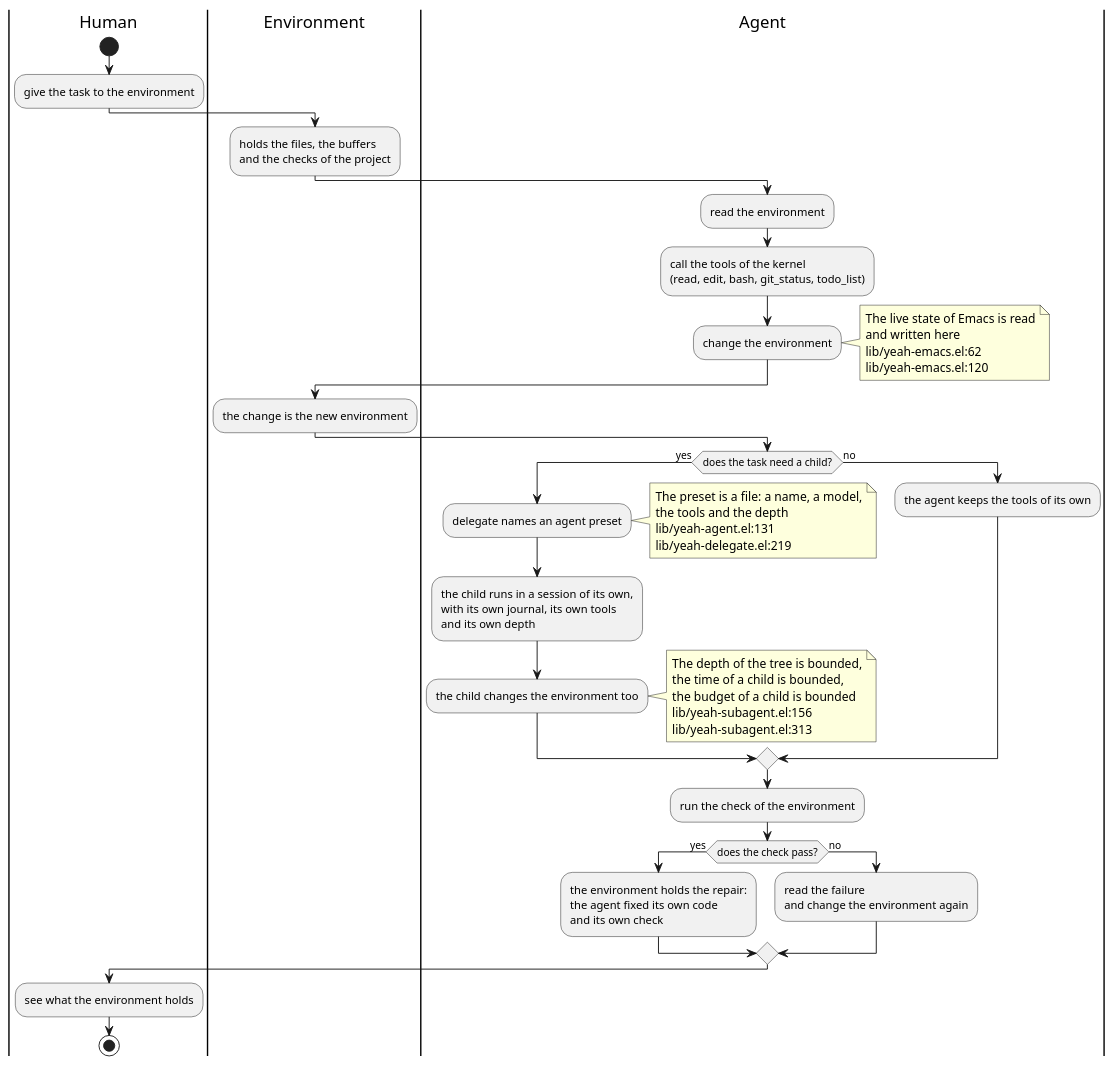
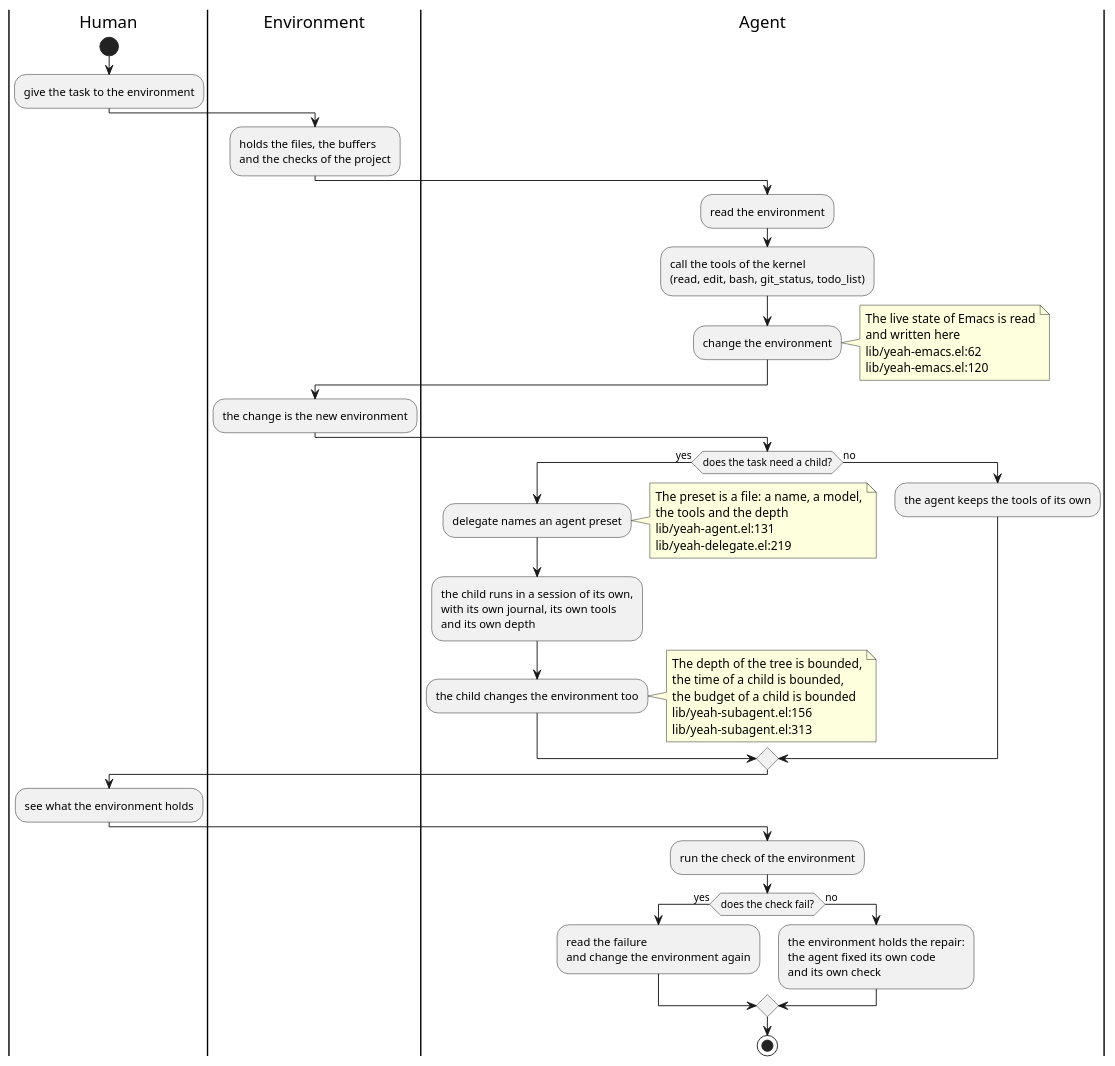
One commit to 11111000000/yeah changed the diagram in site/diagrams/fixed-point.puml. Above: the diagram before and after it, drawn with PlantUML. The commit also changed 2 other files, not shown here.

```diff
--- a/site/diagrams/fixed-point.puml
+++ b/site/diagrams/fixed-point.puml
@@ -1,71 +1,71 @@
 @startuml fixed-point
 ' The fixed point of the Y.
 '
 ' The Y of the name is the Y-combinator: person -> environment -> agent ->
 ' environment.  This picture gives that sentence a shape, and ties it to the
 ' one thing of the kernel that makes it a loop: the delegation.  A child of a
 ' delegation runs in a session of its own, with a journal of its own, with the
 ' tools of its preset and at a depth of its own.
 '
 ' The limits are on the picture on purpose: the depth of the tree is bounded,
 ' the time of a child is bounded and the budget of a child is bounded.  A
 ' recursion that is not bounded is not a fixed point, it is a fork bomb.
 '
 ' The fixed point is the last step of the picture: the agent changes the code
 ' and the check that hold it, and the check passes afterwards.
 
 |Human|
 start
 :give the task to the environment;
 
 |Environment|
 :holds the files, the buffers\nand the checks of the project;
 
 |Agent|
 :read the environment;
 :call the tools of the kernel\n(read, edit, bash, git_status, todo_list);
 :change the environment;
 note right
   The live state of Emacs is read
   and written here
   lib/yeah-emacs.el:62
   lib/yeah-emacs.el:120
 end note
 
 |Environment|
 :the change is the new environment;
 
 |Agent|
 if (does the task need a child?) then (yes)
   :delegate names an agent preset;
   note right
     The preset is a file: a name, a model,
     the tools and the depth
     lib/yeah-agent.el:131
     lib/yeah-delegate.el:219
   end note
   :the child runs in a session of its own,\nwith its own journal, its own tools\nand its own depth;
   :the child changes the environment too;
   note right
     The depth of the tree is bounded,
     the time of a child is bounded,
     the budget of a child is bounded
     lib/yeah-subagent.el:156
     lib/yeah-subagent.el:313
   end note
 else (no)
   :the agent keeps the tools of its own;
 endif
 
+|Human|
+:see what the environment holds;
+
 |Agent|
 :run the check of the environment;
-if (does the check pass?) then (yes)
+if (does the check fail?) then (yes)
+  :read the failure\nand change the environment again;
+else (no)
   :the environment holds the repair:\nthe agent fixed its own code\nand its own check;
-else (no)
-  :read the failure\nand change the environment again;
 endif
-
-|Human|
-:see what the environment holds;
 stop
 @enduml
```
